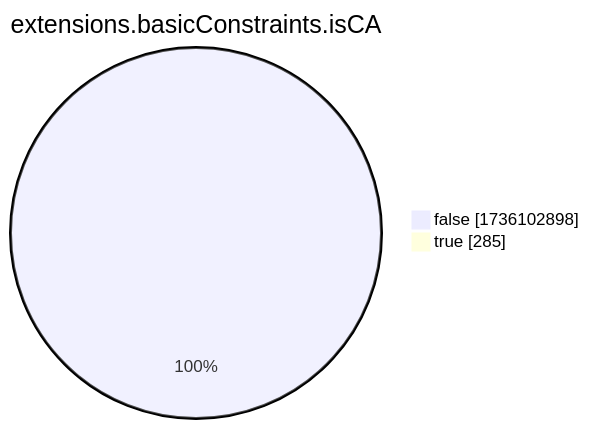
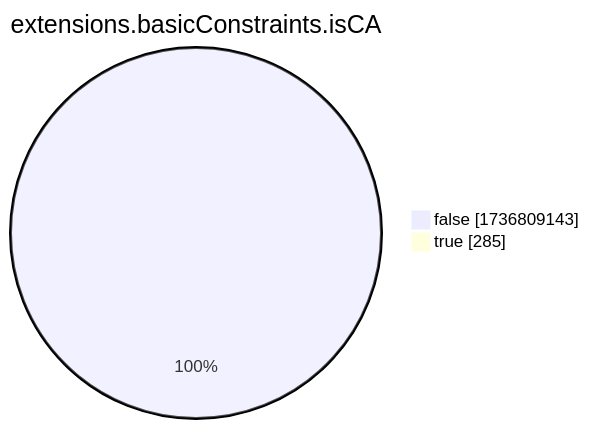
Before and after one commit to christiankrug/ctmonitor_visualization: the eighth of 15 diagrams in xenon2022/README.md, drawn with Mermaid. The commit also changed other lines of this file, not shown here.

````diff
--- a/xenon2022/README.md
+++ b/xenon2022/README.md
@@ -2867,6 +2867,6 @@
 ```mermaid
 pie showData
 title extensions.basicConstraints.isCA
-"false" :1736102898
+"false" :1736809143
 "true" :285
 ```
````
